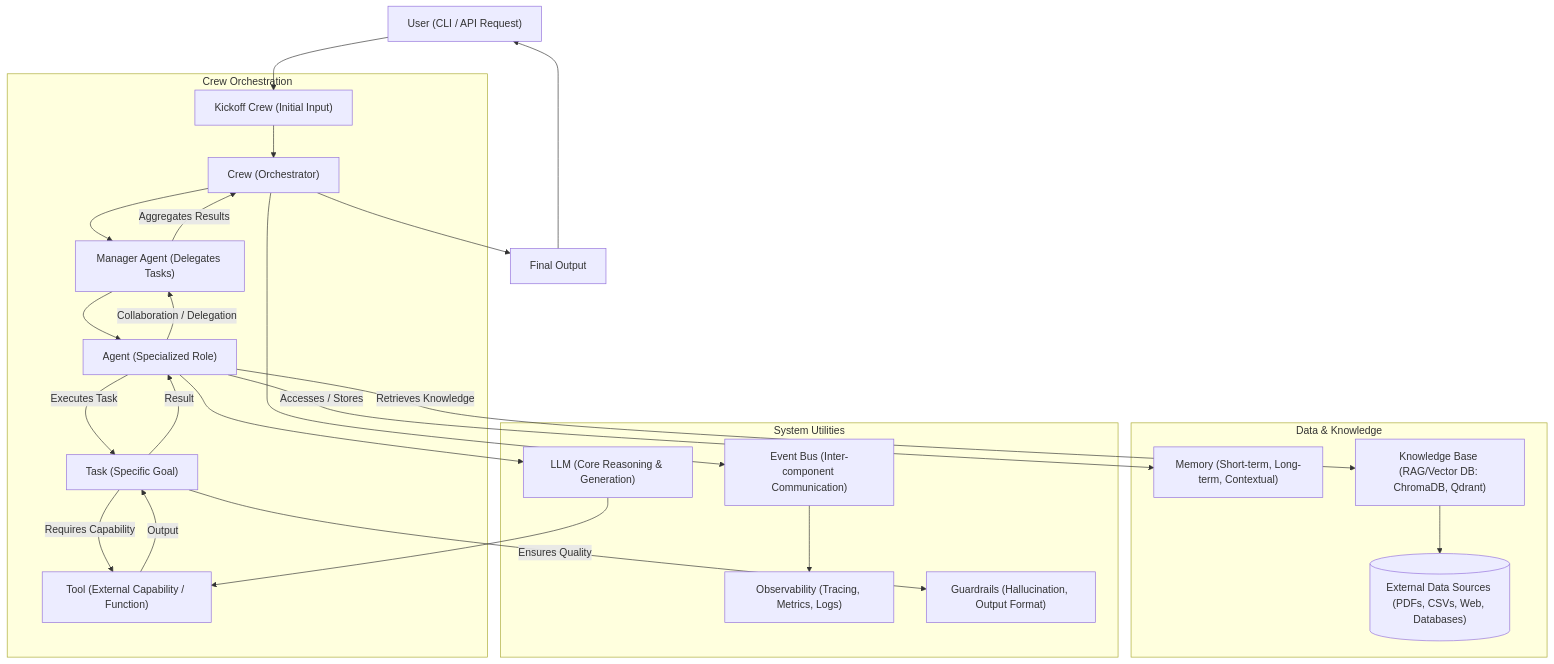
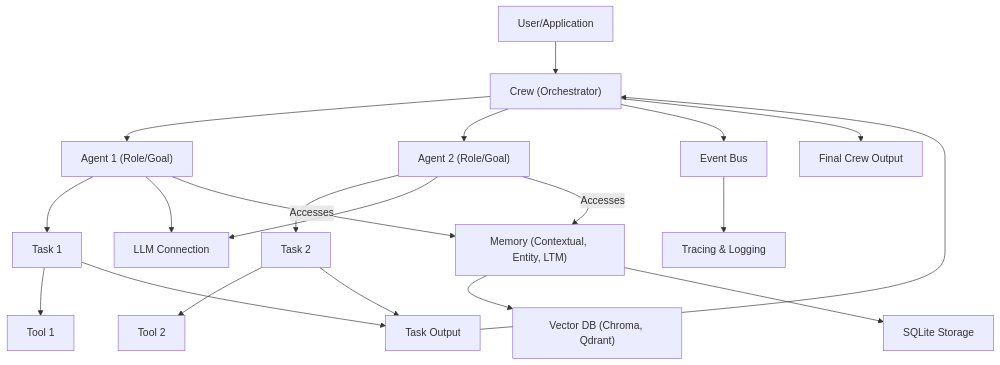
One commit to grewal16/crewAI changed the diagram in README.md. Above: the diagram before and after it, drawn with Mermaid. The commit also changed other lines of this file, not shown here.

````diff
--- a/README.md
+++ b/README.md
@@ -50,33 +42,22 @@
 ```mermaid
 graph TD
-    User["User (CLI / API Request)"] --> Kickoff["Kickoff Crew (Initial Input)"];
-
-    subgraph Crew Orchestration
-        Kickoff --> Crew["Crew (Orchestrator)"];
-        Crew --> ManagerAgent["Manager Agent (Delegates Tasks)"];
-        ManagerAgent --> Agent["Agent (Specialized Role)"];
-        Agent -- "Executes Task" --> Task["Task (Specific Goal)"];
-        Task -- "Requires Capability" --> Tool["Tool (External Capability / Function)"];
-        Tool -- "Output" --> Task;
-        Task -- "Result" --> Agent;
-        Agent -- "Collaboration / Delegation" --> ManagerAgent;
-        ManagerAgent -- "Aggregates Results" --> Crew;
-    end
-
-    subgraph Data & Knowledge
-        Agent -- "Accesses / Stores" --> Memory["Memory (Short-term, Long-term, Contextual)"];
-        Agent -- "Retrieves Knowledge" --> KnowledgeBase["Knowledge Base (RAG/Vector DB: ChromaDB, Qdrant)"];
-        KnowledgeBase --> ExternalDataSources[("External Data Sources (PDFs, CSVs, Web, Databases)")];
-    end
-
-    subgraph System Utilities
-        Crew --> EventBus["Event Bus (Inter-component Communication)"];
-        EventBus --> Observability["Observability (Tracing, Metrics, Logs)"];
-        Agent --> LLM["LLM (Core Reasoning & Generation)"];
-        Task -- "Ensures Quality" --> Guardrails["Guardrails (Hallucination, Output Format)"];
-    end
-
-    Crew --> FinalOutput["Final Output"];
-    FinalOutput --> User;
-    LLM --> Tool;
+    A["User/Application"] --> B["Crew (Orchestrator)"];
+    B --> C["Agent 1 (Role/Goal)"];
+    B --> D["Agent 2 (Role/Goal)"];
+    C --> E["Task 1"];
+    D --> F["Task 2"];
+    E --> G["Tool 1"];
+    F --> H["Tool 2"];
+    C --> I["LLM Connection"];
+    D --> I;
+    C -- "Accesses" --> J["Memory (Contextual, Entity, LTM)"];
+    D -- "Accesses" --> J;
+    J --> K["Vector DB (Chroma, Qdrant)"];
+    J --> L["SQLite Storage"];
+    B --> M["Event Bus"];
+    M --> N["Tracing & Logging"];
+    E --> O["Task Output"];
+    F --> O;
+    O --> B;
+    B --> P["Final Crew Output"];
 ```
````
